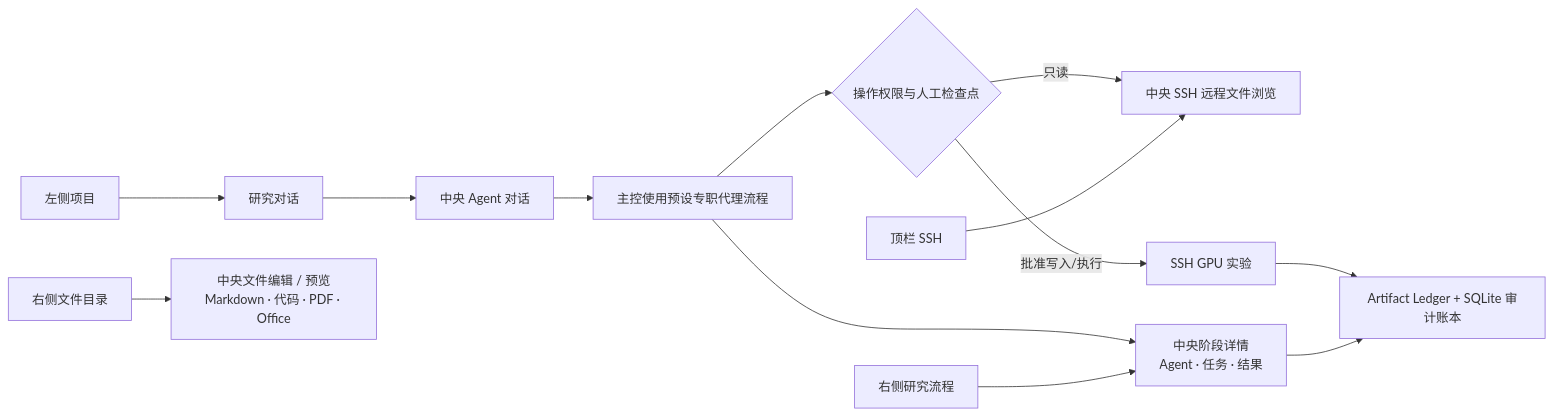
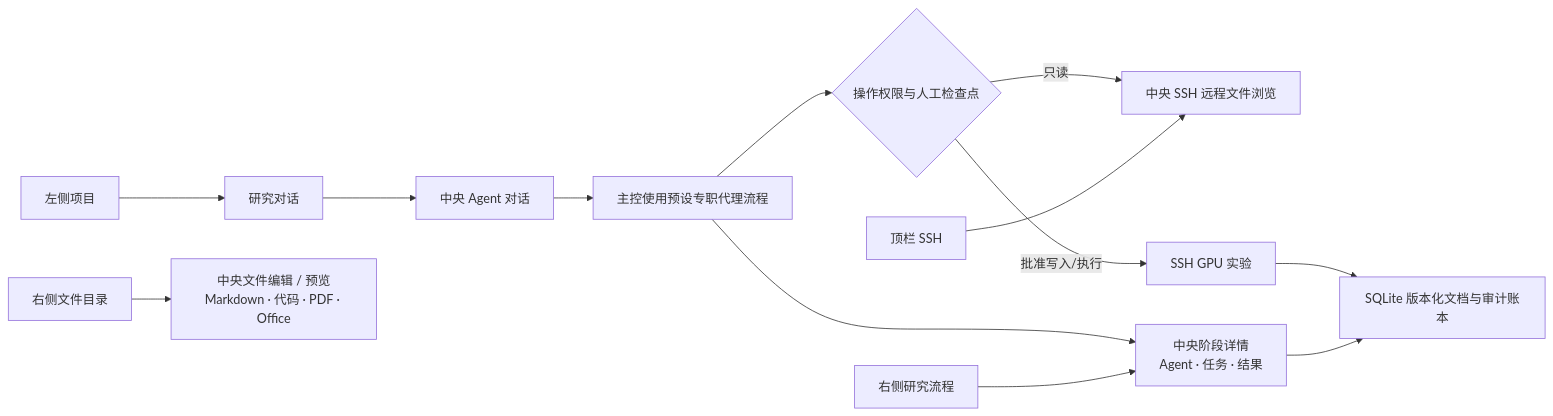
One commit to OpenMedAILab/oph-autoresearch changed the second of 4 diagrams in README.md. Above: the diagram before and after it, drawn with Mermaid. The commit also changed other lines of this file and 102 other files, not shown here.

````diff
--- a/README.md
+++ b/README.md
@@ -49,15 +58,15 @@
 ```mermaid
 flowchart LR
     P["左侧项目"] --> C["研究对话"]
     C --> A["中央 Agent 对话"]
     F["右侧文件目录"] --> V["中央文件编辑 / 预览<br/>Markdown · 代码 · PDF · Office"]
     H["顶栏 SSH"] --> S["中央 SSH 远程文件浏览"]
     R["右侧研究流程"] --> W["中央阶段详情<br/>Agent · 任务 · 结果"]
     A --> O["主控使用预设专职代理流程"]
     O --> W
     O --> T{"操作权限与人工检查点"}
     T -->|只读| S
     T -->|批准写入/执行| G["SSH GPU 实验"]
-    W --> L["Artifact Ledger + SQLite 审计账本"]
+    W --> L["SQLite 版本化文档与审计账本"]
     G --> L
 ```
````
